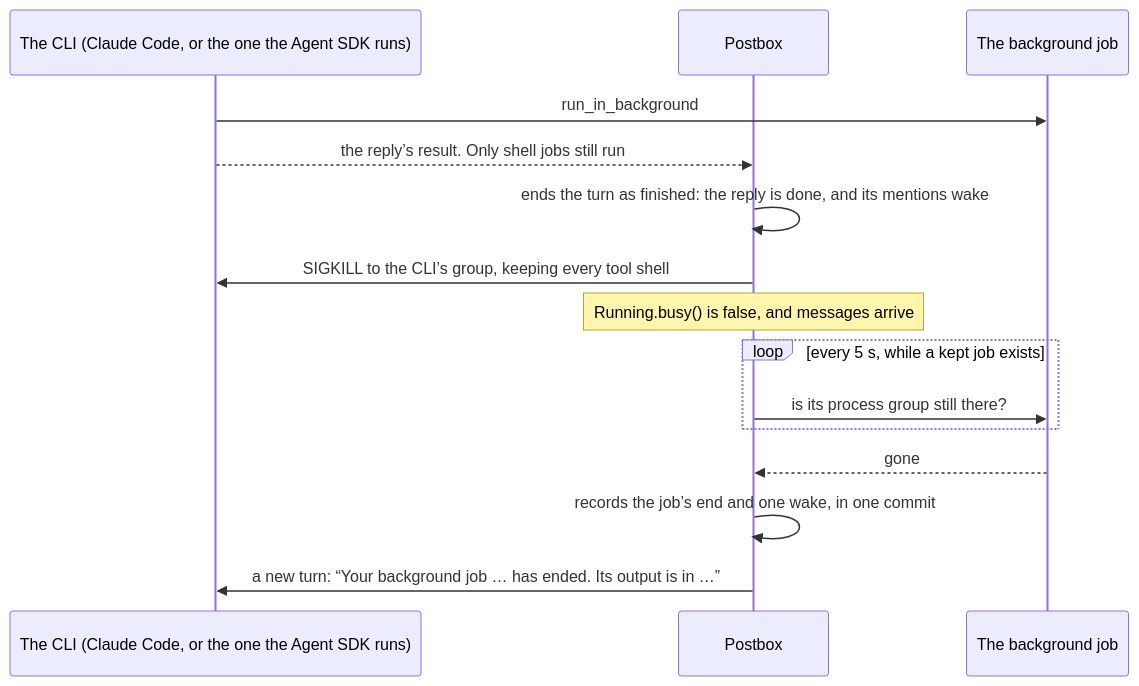
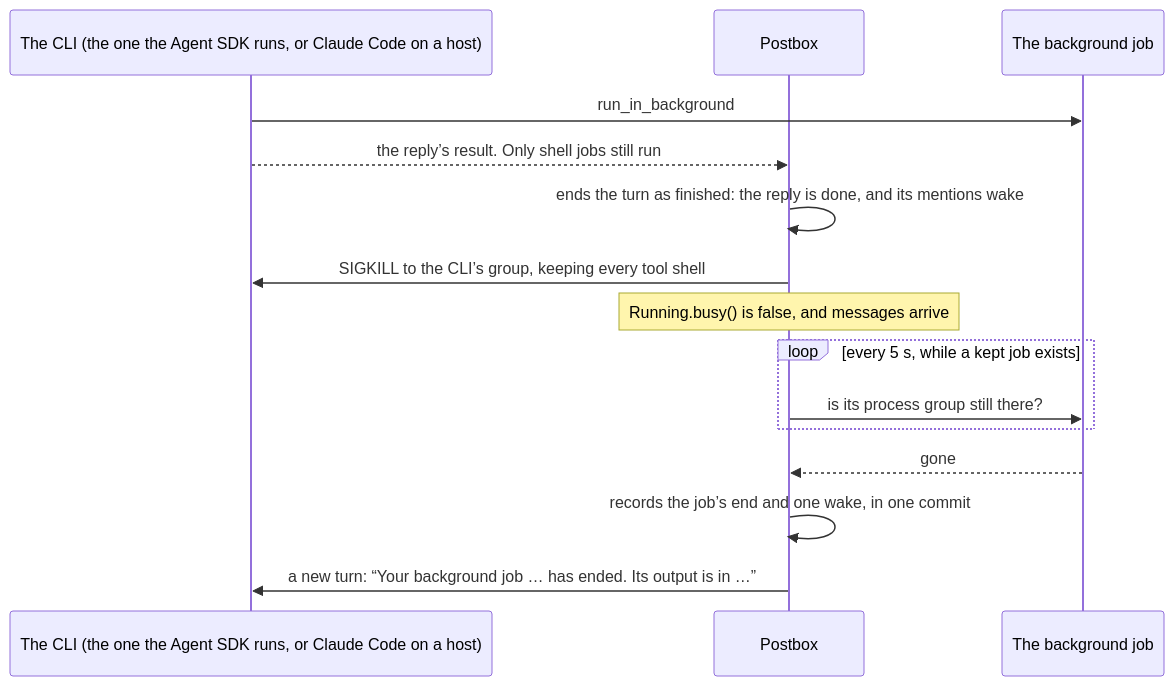
One commit to HJeon139/postbox changed the second of 3 diagrams in designs/architecture/background-processes.md. Above: the diagram before and after it, drawn with Mermaid. The commit also changed other lines of this file, not shown here.

First line of the commit message:
docs(architecture): put live input first for Claude Code on this computer

````diff
--- a/designs/architecture/background-processes.md
+++ b/designs/architecture/background-processes.md
@@ -51,17 +100,17 @@
 ```mermaid
 sequenceDiagram
-  participant H as The CLI (Claude Code, or the one the Agent SDK runs)
+  participant H as The CLI (the one the Agent SDK runs, or Claude Code on a host)
   participant S as Postbox
   participant J as The background job
   H->>J: run_in_background
   H-->>S: the reply’s result. Only shell jobs still run
   S->>S: ends the turn as finished: the reply is done, and its mentions wake
   S->>H: SIGKILL to the CLI’s group, keeping every tool shell
   Note over S: Running.busy() is false, and messages arrive
   loop every 5 s, while a kept job exists
     S->>J: is its process group still there?
   end
   J-->>S: gone
   S->>S: records the job’s end and one wake, in one commit
   S->>H: a new turn: “Your background job … has ended. Its output is in …”
 ```
````
